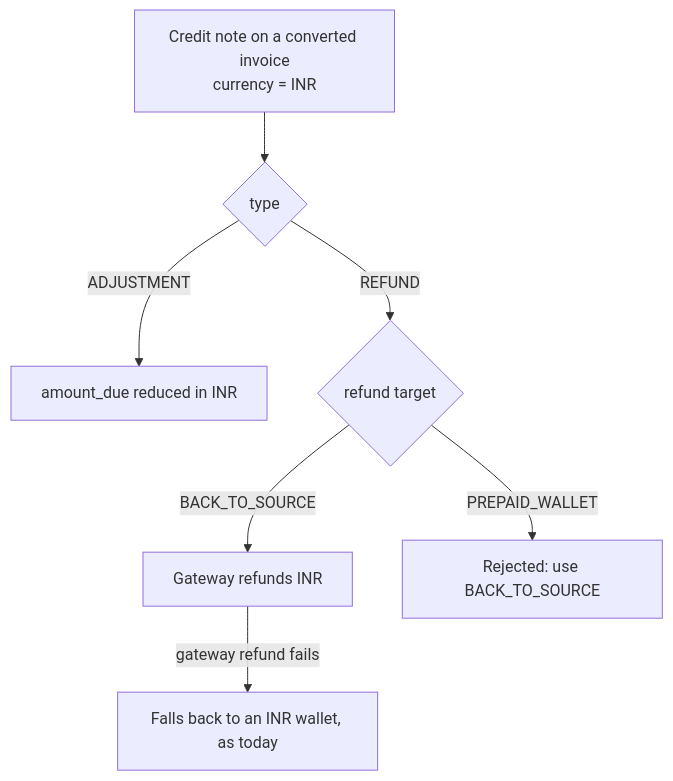
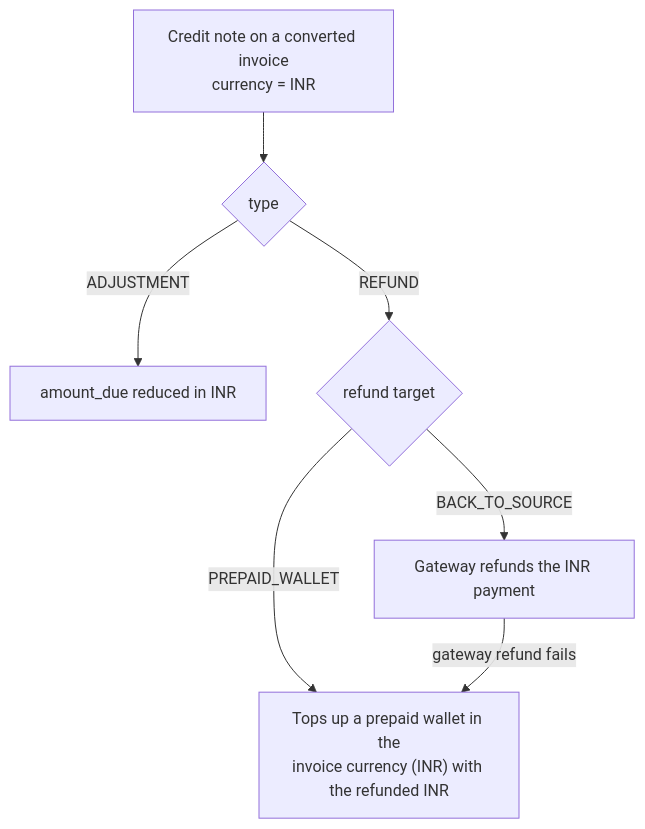
The fifth of 7 diagrams in docs/design/2026-09-26-FLE-1383-adaptive-multi-currency-erd.md (aghijap/flexprice-FLE-1411), drawn with Mermaid before and after one commit. The commit also changed other lines of this file, not shown here.

First line of the commit message:
docs(FLE-1383): allow prepaid-wallet refund on converted invoices; tidy examples

````diff
--- a/docs/design/2026-09-26-FLE-1383-adaptive-multi-currency-erd.md
+++ b/docs/design/2026-09-26-FLE-1383-adaptive-multi-currency-erd.md
@@ -520,9 +533,9 @@
 ```mermaid
 flowchart TD
     CN["Credit note on a converted invoice<br/>currency = INR"] --> T{"type"}
     T -- ADJUSTMENT --> ADJ["amount_due reduced in INR"]
     T -- REFUND --> RT{"refund target"}
-    RT -- BACK_TO_SOURCE --> GW["Gateway refunds INR"]
-    RT -- PREPAID_WALLET --> REJ["Rejected: use BACK_TO_SOURCE"]
-    GW -- "gateway refund fails" --> FB["Falls back to an INR wallet, as today"]
+    RT -- BACK_TO_SOURCE --> GW["Gateway refunds the INR payment"]
+    RT -- PREPAID_WALLET --> WAL["Tops up a prepaid wallet in the<br/>invoice currency (INR) with the refunded INR"]
+    GW -- "gateway refund fails" --> WAL
 ```
````
